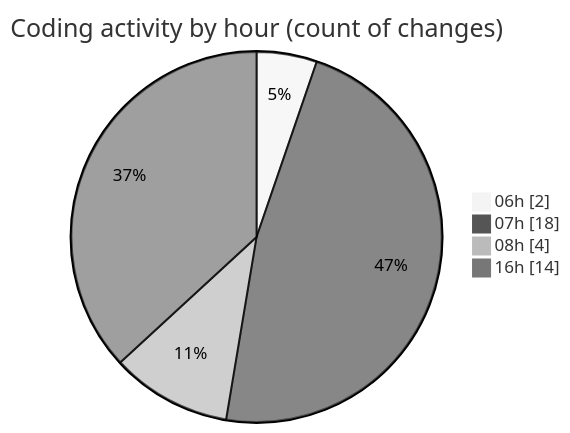
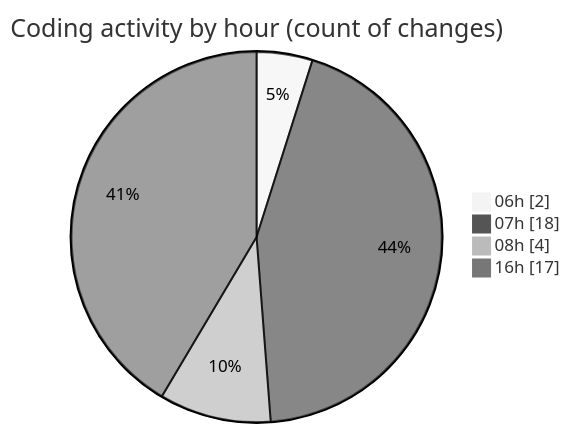
The second of 2 diagrams in 2025-01-27/termonied-web/README.md (robertbonfada/code-tracking), drawn with Mermaid (neutral theme) before and after one commit. The commit also changed other lines of this file and 1 other file, not shown here.

````diff
--- a/2025-01-27/termonied-web/README.md
+++ b/2025-01-27/termonied-web/README.md
@@ -34,8 +34,8 @@
 ```mermaid
 pie showData
 title Coding activity by hour (count of changes)
 "06h" : 2
 "07h" : 18
 "08h" : 4
-"16h" : 14
+"16h" : 17
 ```
````
